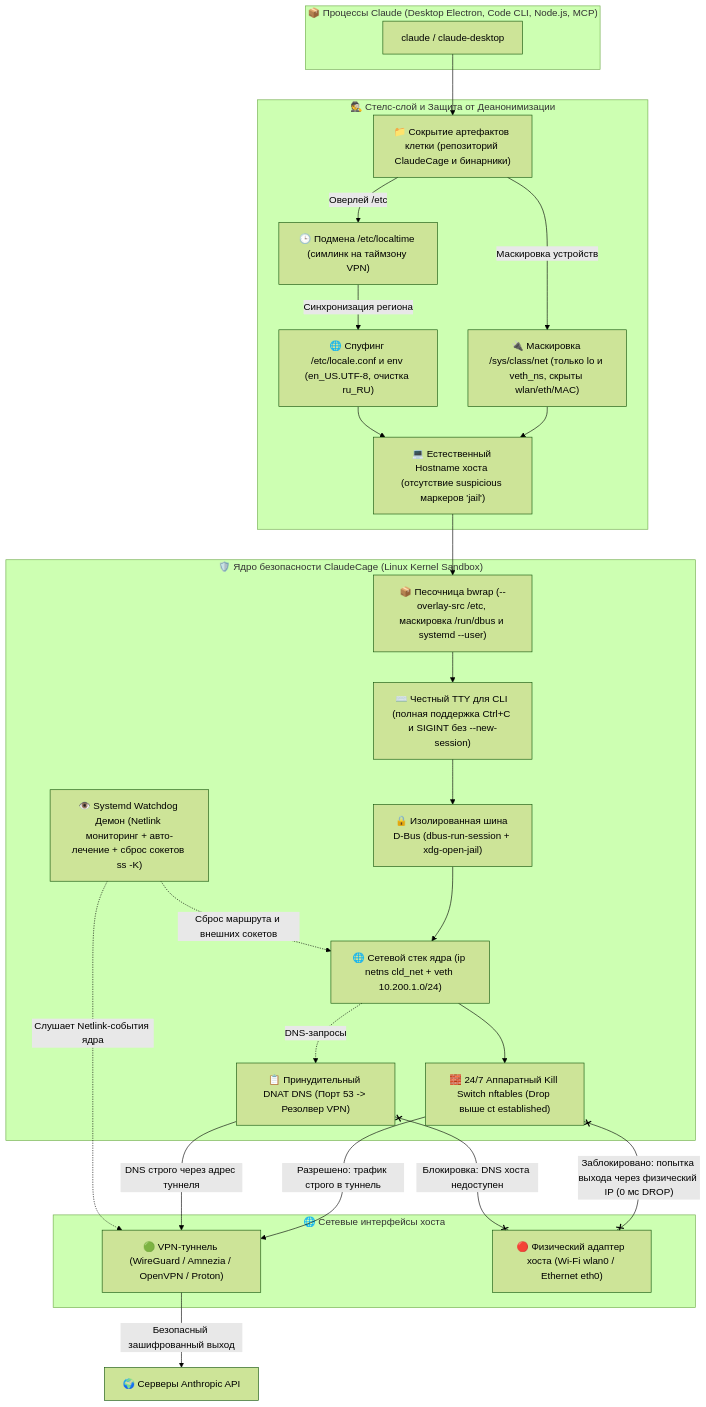
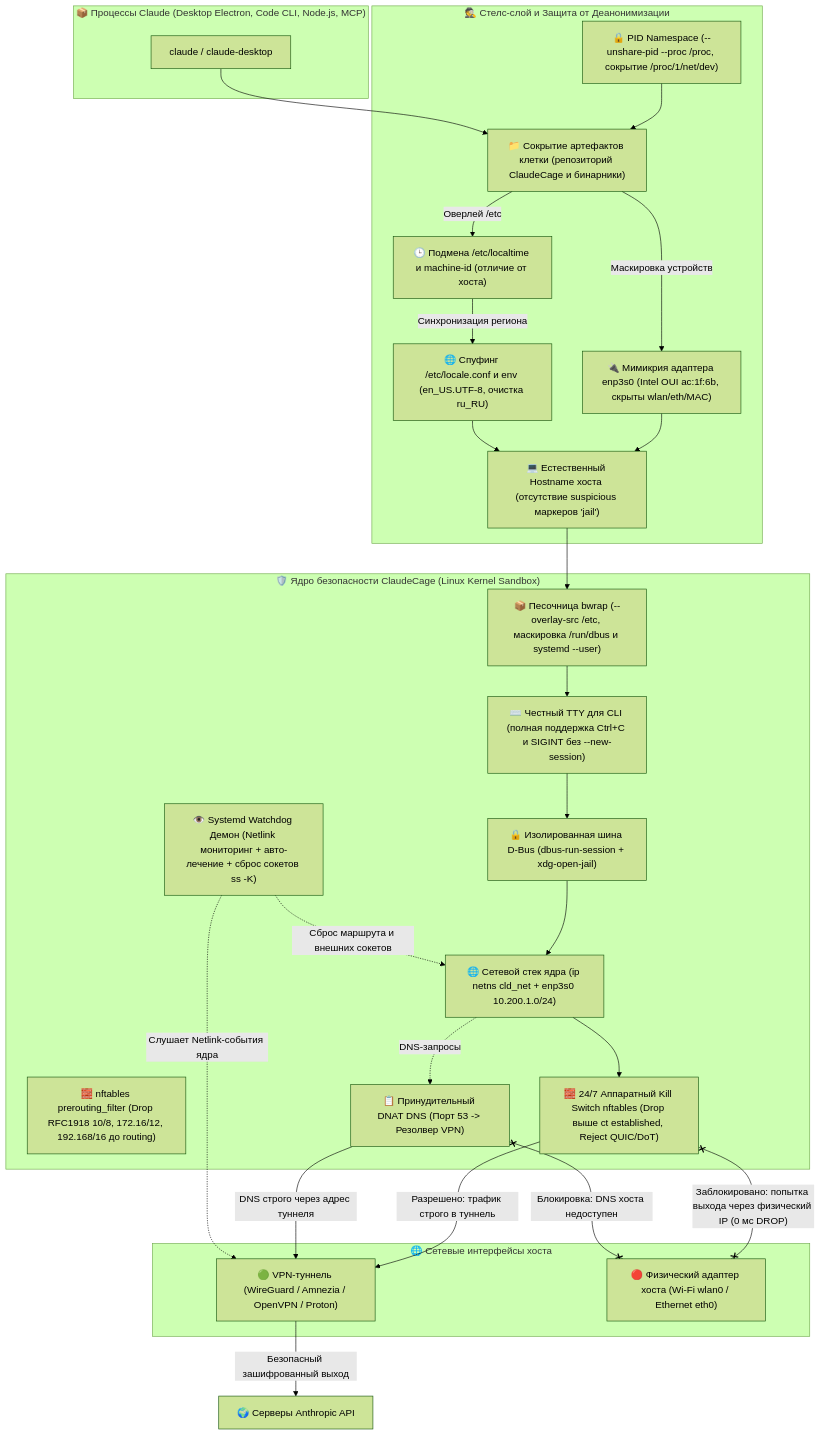
One commit to NikitaLozinsky/ClaudeCage_Linux changed the diagram in README.md. Above: the diagram before and after it, drawn with Mermaid (forest theme). The commit also changed other lines of this file and 9 other files, not shown here.

````diff
--- a/README.md
+++ b/README.md
@@ -17,49 +17,52 @@
 ```mermaid
 flowchart TD
     subgraph App["📦 Процессы Claude (Desktop Electron, Code CLI, Node.js, MCP)"]
         CL["claude / claude-desktop"]
     end
 
     subgraph Stealth["🕵️ Стелс-слой и Защита от Деанонимизации"]
+        PID_HIDE["🔒 PID Namespace (--unshare-pid --proc /proc, сокрытие /proc/1/net/dev)"]
         HIDE["📁 Сокрытие артефактов клетки (репозиторий ClaudeCage и бинарники)"]
-        NET_HIDE["🔌 Маскировка /sys/class/net (только lo и veth_ns, скрыты wlan/eth/MAC)"]
-        TZ_SPOOF["🕒 Подмена /etc/localtime (симлинк на таймзону VPN)"]
+        NET_HIDE["🔌 Мимикрия адаптера enp3s0 (Intel OUI ac:1f:6b, скрыты wlan/eth/MAC)"]
+        TZ_SPOOF["🕒 Подмена /etc/localtime и machine-id (отличие от хоста)"]
         LOC_SPOOF["🌐 Спуфинг /etc/locale.conf и env (en_US.UTF-8, очистка ru_RU)"]
         HOST_KEEP["💻 Естественный Hostname хоста (отсутствие suspicious маркеров 'jail')"]
 
+        PID_HIDE --> HIDE
         HIDE -->|"Маскировка устройств"| NET_HIDE
         HIDE -->|"Оверлей /etc"| TZ_SPOOF
         TZ_SPOOF -->|"Синхронизация региона"| LOC_SPOOF
         NET_HIDE --> HOST_KEEP
         LOC_SPOOF --> HOST_KEEP
     end
 
     subgraph Defense["🛡️ Ядро безопасности ClaudeCage (Linux Kernel Sandbox)"]
         BWRAP["📦 Песочница bwrap (--overlay-src /etc, маскировка /run/dbus и systemd --user)"]
         TTY_FIX["⌨️ Честный TTY для CLI (полная поддержка Ctrl+C и SIGINT без --new-session)"]
         DBUS["🔒 Изолированная шина D-Bus (dbus-run-session + xdg-open-jail)"]
-        NETNS["🌐 Сетевой стек ядра (ip netns cld_net + veth 10.200.1.0/24)"]
-        NFT["🧱 24/7 Аппаратный Kill Switch nftables (Drop выше ct established)"]
+        NETNS["🌐 Сетевой стек ядра (ip netns cld_net + enp3s0 10.200.1.0/24)"]
+        NFT_RAW["🧱 nftables prerouting_filter (Drop RFC1918 10/8, 172.16/12, 192.168/16 до routing)"]
+        NFT["🧱 24/7 Аппаратный Kill Switch nftables (Drop выше ct established, Reject QUIC/DoT)"]
         DNAT["📋 Принудительный DNAT DNS (Порт 53 -> Резолвер VPN)"]
         WD["👁️ Systemd Watchdog Демон (Netlink мониторинг + авто-лечение + сброс сокетов ss -K)"]
     end
 
     subgraph Net["🌐 Сетевые интерфейсы хоста"]
         VPN["🟢 VPN-туннель (WireGuard / Amnezia / OpenVPN / Proton)"]
         ETH["🔴 Физический адаптер хоста (Wi-Fi wlan0 / Ethernet eth0)"]
     end
 
     CL --> HIDE
     HOST_KEEP --> BWRAP --> TTY_FIX --> DBUS --> NETNS --> NFT
     NETNS -.->|"DNS-запросы"| DNAT
 
     NFT -->|"Разрешено: трафик строго в туннель"| VPN
     NFT x--x|"Заблокировано: попытка выхода через физический IP (0 мс DROP)"| ETH
     DNAT -->|"DNS строго через адрес туннеля"| VPN
     DNAT x--x|"Блокировка: DNS хоста недоступен"| ETH
 
     WD -.->|"Слушает Netlink-события ядра"| VPN
     WD -.->|"Сброс маршрута и внешних сокетов"| NETNS
 
     VPN -->|"Безопасный зашифрованный выход"| Internet["🌍 Серверы Anthropic API"]
 ```
````
